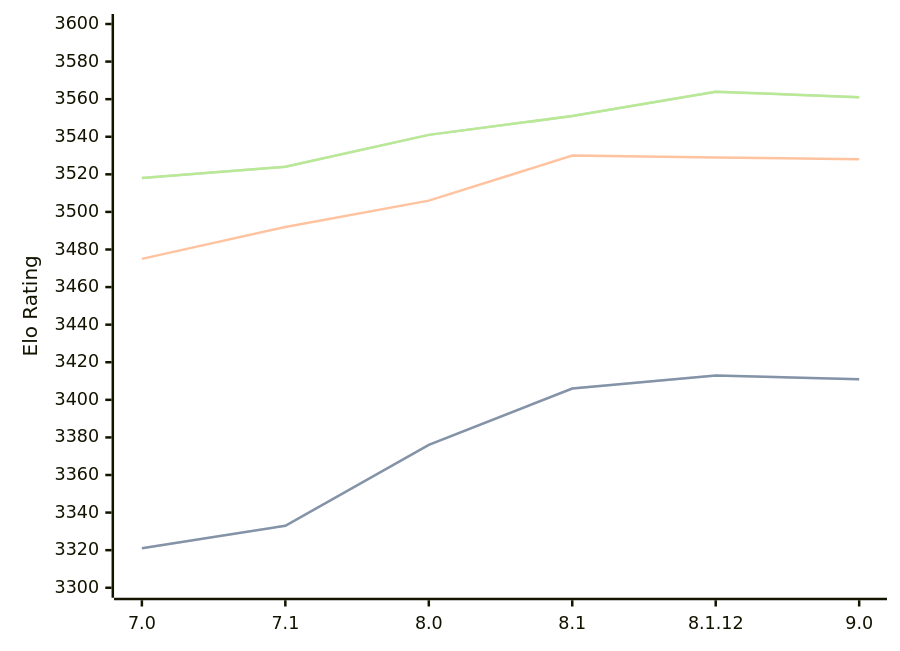
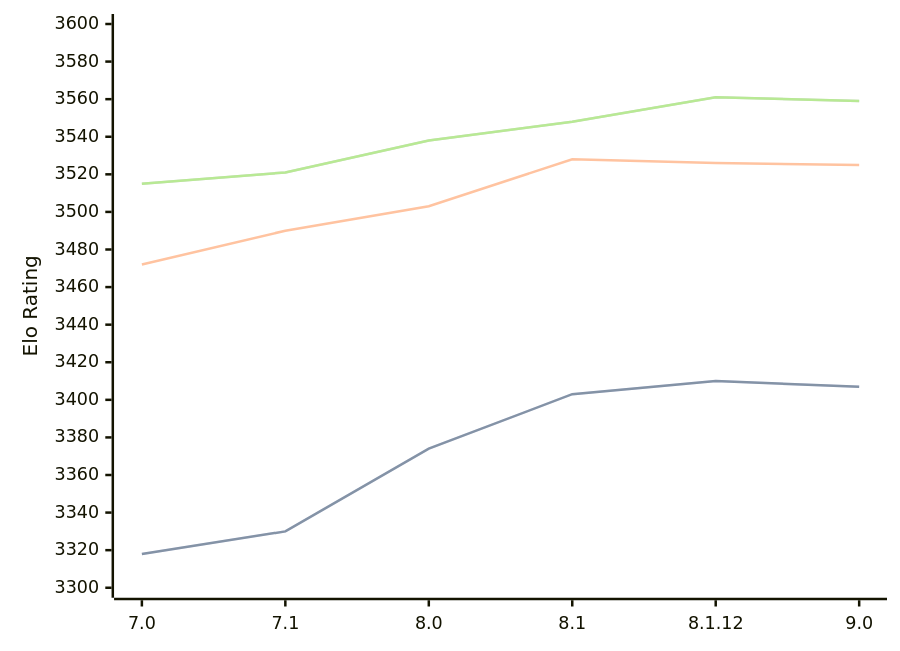
Before and after one commit to computer-chess-index/cci: the diagram in engines/Alexandria.md, drawn with Mermaid. The commit also changed other lines of this file, not shown here.

Commit message:
Update CCI Ratings (ELO VLTC) - 2026-06-08

````diff
--- a/engines/Alexandria.md
+++ b/engines/Alexandria.md
@@ -55,11 +55,11 @@
 ```mermaid
 %%{init: {"theme":"base","themeVariables":{"seriesColors:['#a3a3a3','#222221','#faa371']}}}%%
 xychart-beta
   x-axis ["7.0", "7.1", "8.0", "8.1", "8.1.12", "9.0"]
   y-axis "Elo Rating" 3300 --> 3600
-  line "STC (8.0+0.08s)" [3321, 3333, 3376, 3406, 3413, 3411]
-  line "STC (8.0+0.08s)" [3321, 3333, 3376, 3406, 3413, 3411]
-  line "LTC (60.0+0.60s)" [3475, 3492, 3506, 3530, 3529, 3528]
-  line "VLTC (2m24s+1.12s)" [3518, 3524, 3541, 3551, 3564, 3561]
-  line "VLTC (2m24s+1.12s)" [3518, 3524, 3541, 3551, 3564, 3561]
+  line "STC (8.0+0.08s)" [3318, 3330, 3374, 3403, 3410, 3407]
+  line "STC (8.0+0.08s)" [3318, 3330, 3374, 3403, 3410, 3407]
+  line "LTC (60.0+0.60s)" [3472, 3490, 3503, 3528, 3526, 3525]
+  line "VLTC (2m24s+1.12s)" [3515, 3521, 3538, 3548, 3561, 3559]
+  line "VLTC (2m24s+1.12s)" [3515, 3521, 3538, 3548, 3561, 3559]
 ```
````
